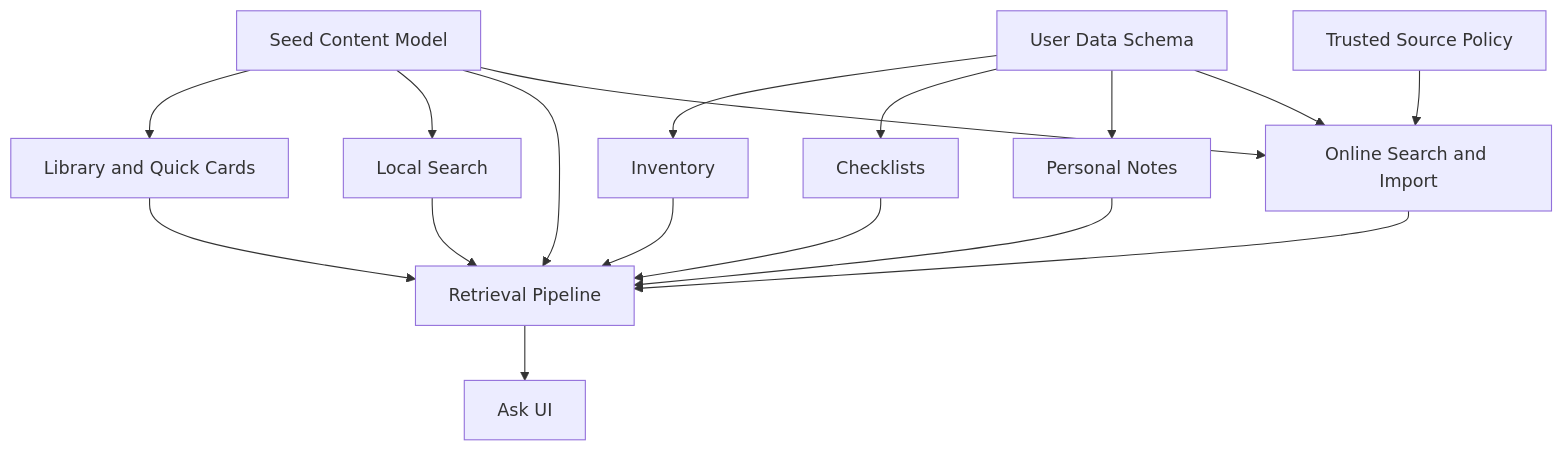
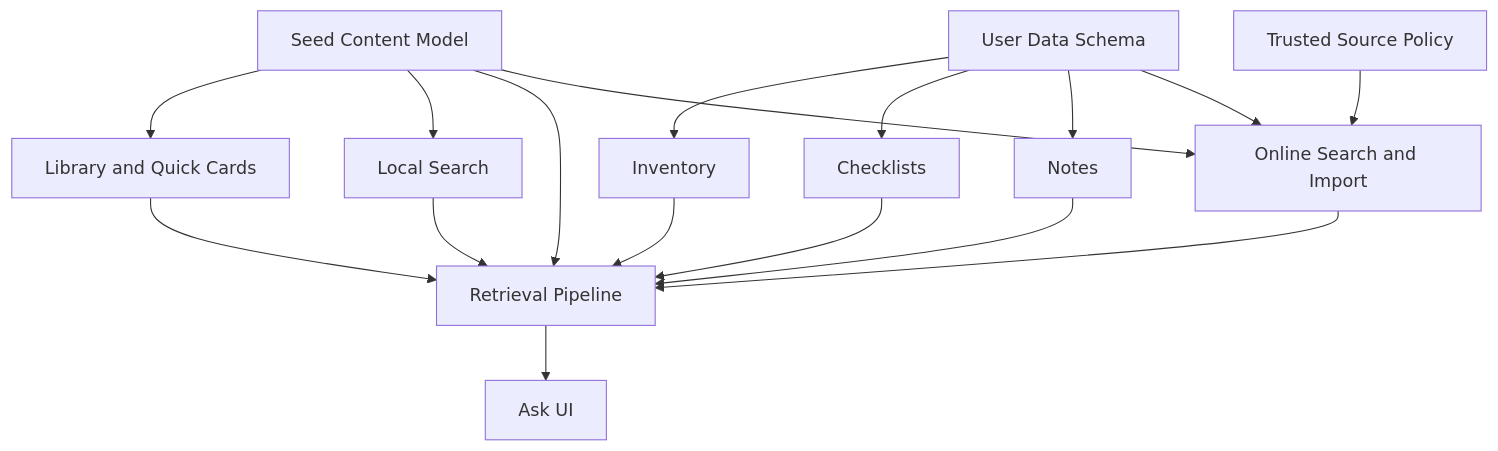
The diagram in docs/sdlc/03-mvp-scope-roadmap.md (Org-EthereaLogic/OSA), drawn with Mermaid before and after one commit. The commit also changed other lines of this file and 12 other files, not shown here.

````diff
--- a/docs/sdlc/03-mvp-scope-roadmap.md
+++ b/docs/sdlc/03-mvp-scope-roadmap.md
@@ -139,19 +139,19 @@
 ```mermaid
 flowchart TD
     A[Seed Content Model] --> B[Library and Quick Cards]
     A --> C[Local Search]
     A --> D[Retrieval Pipeline]
     E[User Data Schema] --> F[Inventory]
     E --> G[Checklists]
-    E --> H[Personal Notes]
+    E --> H[Notes]
     C --> D
     B --> D
     F --> D
     G --> D
     H --> D
     D --> I[Ask UI]
     J[Trusted Source Policy] --> K[Online Search and Import]
     E --> K
     A --> K
     K --> D
 ```
````
